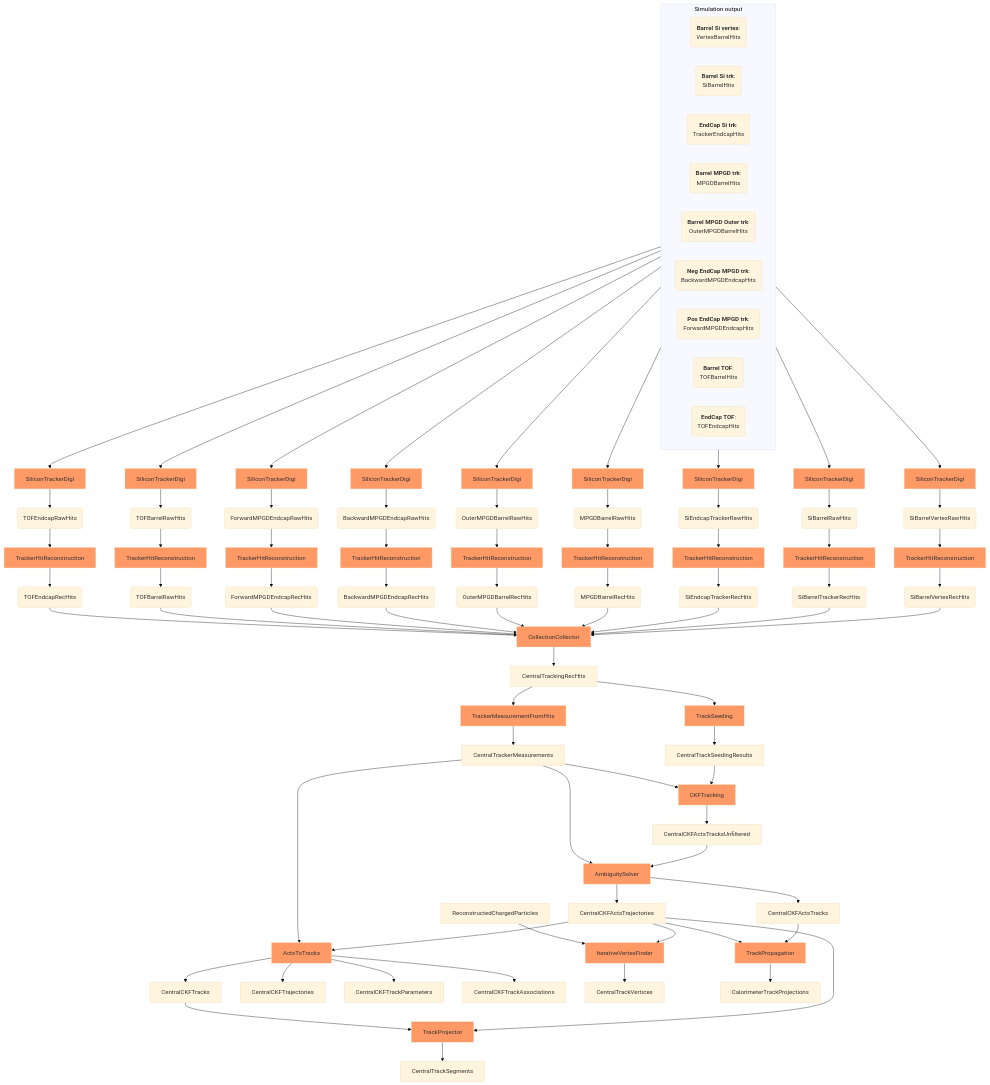
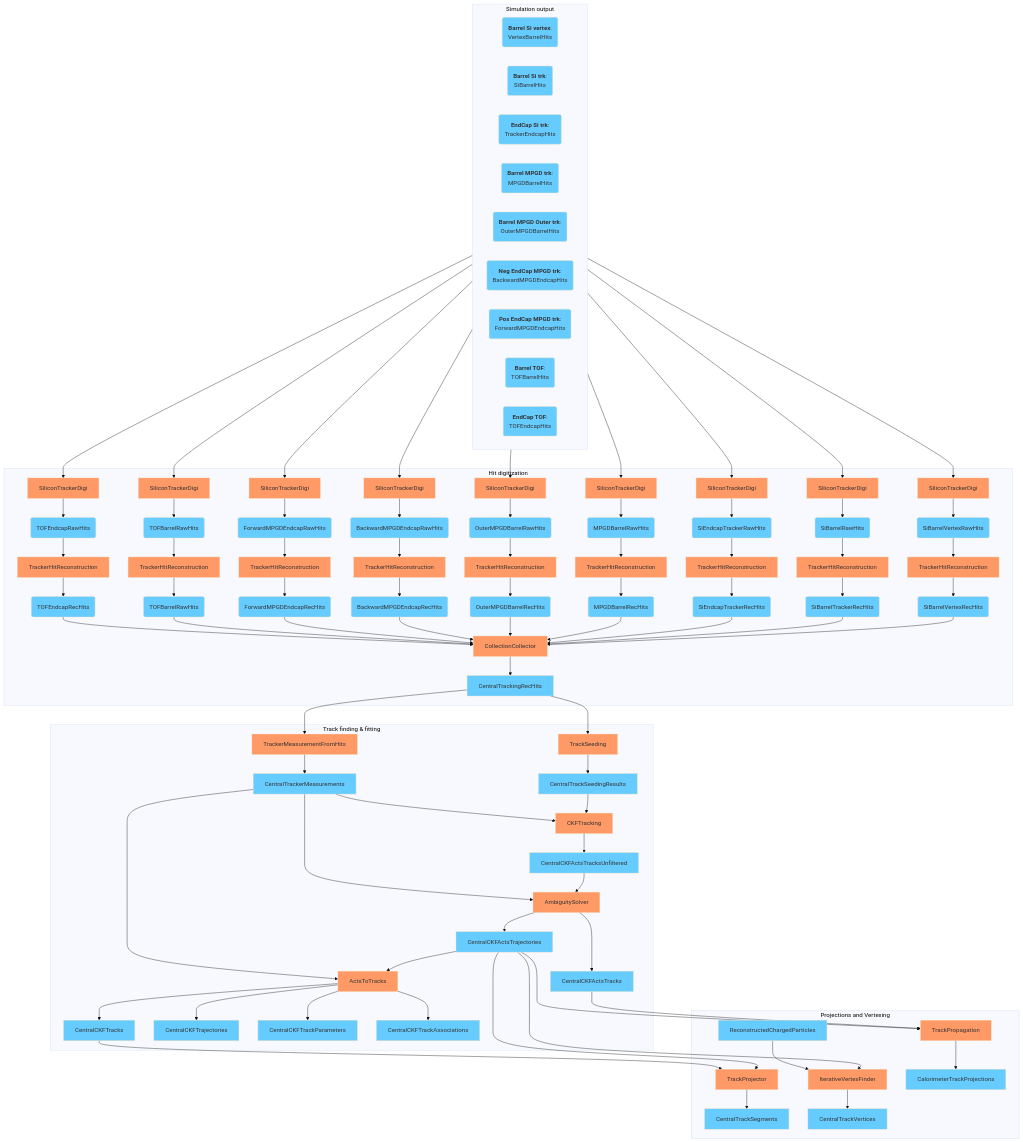
One commit to eic/EICrecon changed the diagram in docs/design/tracking.md. Above: the diagram before and after it, drawn with Mermaid (base theme). The commit also changed other lines of this file, not shown here.

````diff
--- a/docs/design/tracking.md
+++ b/docs/design/tracking.md
@@ -54,113 +9,120 @@
   subgraph Simulation output
     direction LR
 
-    BVTXSimHits(<strong>Barrel Si vertex</strong>:<br/>VertexBarrelHits)
-    BTRKSimHits(<strong>Barrel Si trk</strong>:<br/>SiBarrelHits)
-    ECTRKSimHits(<strong>EndCap Si trk</strong>:<br/>TrackerEndcapHits)
-    BMPGDSimHits(<strong>Barrel MPGD trk</strong>:<br/>MPGDBarrelHits)
-    OBMPGDSimHits(<strong>Barrel MPGD Outer trk</strong>:<br/>OuterMPGDBarrelHits)
-    ECNMPGDSimHits(<strong>Neg EndCap MPGD trk</strong>:<br/>BackwardMPGDEndcapHits)
-    ECPMPGDSimHits(<strong>Pos EndCap MPGD trk</strong>:<br/>ForwardMPGDEndcapHits)
-    BTOFSimHits(<strong>Barrel TOF</strong>:<br/>TOFBarrelHits)
-    ECTOFSimHits(<strong>EndCap TOF</strong>:<br/>TOFEndcapHits)
+    BVTXSimHits(<strong>Barrel Si vertex</strong>:<br/>VertexBarrelHits):::col
+    BTRKSimHits(<strong>Barrel Si trk</strong>:<br/>SiBarrelHits):::col
+    ECTRKSimHits(<strong>EndCap Si trk</strong>:<br/>TrackerEndcapHits):::col
+    BMPGDSimHits(<strong>Barrel MPGD trk</strong>:<br/>MPGDBarrelHits):::col
+    OBMPGDSimHits(<strong>Barrel MPGD Outer trk</strong>:<br/>OuterMPGDBarrelHits):::col
+    ECNMPGDSimHits(<strong>Neg EndCap MPGD trk</strong>:<br/>BackwardMPGDEndcapHits):::col
+    ECPMPGDSimHits(<strong>Pos EndCap MPGD trk</strong>:<br/>ForwardMPGDEndcapHits):::col
+    BTOFSimHits(<strong>Barrel TOF</strong>:<br/>TOFBarrelHits):::col
+    ECTOFSimHits(<strong>EndCap TOF</strong>:<br/>TOFEndcapHits):::col
   end
 
-  BVTXSimHits --> TrackerDigi1[SiliconTrackerDigi]:::alg
-  TrackerDigi1 --> VertexBarrelRawHits(SiBarrelVertexRawHits)
-  VertexBarrelRawHits --> TrackerHitReconstruction1[TrackerHitReconstruction]:::alg
-  TrackerHitReconstruction1 --> VertexBarrelRecHits(SiBarrelVertexRecHits)
+  subgraph Hit digitization
+    BVTXSimHits --> TrackerDigi1[SiliconTrackerDigi]:::alg
+    TrackerDigi1 --> VertexBarrelRawHits(SiBarrelVertexRawHits):::col
+    VertexBarrelRawHits --> TrackerHitReconstruction1[TrackerHitReconstruction]:::alg
+    TrackerHitReconstruction1 --> VertexBarrelRecHits(SiBarrelVertexRecHits):::col
 
-  BTRKSimHits -->  TrackerDigi2[SiliconTrackerDigi]:::alg
-  TrackerDigi2 --> TrackerBarrelRawHits(SiBarrelRawHits)
-  TrackerBarrelRawHits --> TrackerHitReconstruction2[TrackerHitReconstruction]:::alg
-  TrackerHitReconstruction2 --> TrackerBarrelRecHits(SiBarrelTrackerRecHits)
+    BTRKSimHits -->  TrackerDigi2[SiliconTrackerDigi]:::alg
+    TrackerDigi2 --> TrackerBarrelRawHits(SiBarrelRawHits):::col
+    TrackerBarrelRawHits --> TrackerHitReconstruction2[TrackerHitReconstruction]:::alg
+    TrackerHitReconstruction2 --> TrackerBarrelRecHits(SiBarrelTrackerRecHits):::col
 
-  ECTRKSimHits -->  TrackerDigi3[SiliconTrackerDigi]:::alg
-  TrackerDigi3 --> TrackerEndcapRawHits(SiEndcapTrackerRawHits)
-  TrackerEndcapRawHits --> TrackerHitReconstruction3[TrackerHitReconstruction]:::alg
-  TrackerHitReconstruction3 --> TrackerEndcapRecHits(SiEndcapTrackerRecHits)
+    ECTRKSimHits -->  TrackerDigi3[SiliconTrackerDigi]:::alg
+    TrackerDigi3 --> TrackerEndcapRawHits(SiEndcapTrackerRawHits):::col
+    TrackerEndcapRawHits --> TrackerHitReconstruction3[TrackerHitReconstruction]:::alg
+    TrackerHitReconstruction3 --> TrackerEndcapRecHits(SiEndcapTrackerRecHits):::col
 
-  BMPGDSimHits -->   MPGDTrackerBarrelDigi[SiliconTrackerDigi]:::alg
-  MPGDTrackerBarrelDigi --> MPGDTrackerBarrelRawHits(MPGDBarrelRawHits)
-  MPGDTrackerBarrelRawHits --> MPGDTrackerBarrelReconstruction[TrackerHitReconstruction]:::alg
-  MPGDTrackerBarrelReconstruction --> MPGDTrackerBarrelRecHits(MPGDBarrelRecHits)
+    BMPGDSimHits -->   MPGDTrackerBarrelDigi[SiliconTrackerDigi]:::alg
+    MPGDTrackerBarrelDigi --> MPGDTrackerBarrelRawHits(MPGDBarrelRawHits):::col
+    MPGDTrackerBarrelRawHits --> MPGDTrackerBarrelReconstruction[TrackerHitReconstruction]:::alg
+    MPGDTrackerBarrelReconstruction --> MPGDTrackerBarrelRecHits(MPGDBarrelRecHits):::col
 
-  OBMPGDSimHits -->   MPGDTrackerOutBarrelDigi[SiliconTrackerDigi]:::alg
-  MPGDTrackerOutBarrelDigi --> MPGDTrackerOutBarrelRawHits(OuterMPGDBarrelRawHits)
-  MPGDTrackerOutBarrelRawHits --> MPGDTrackerOutBarrelReconstruction[TrackerHitReconstruction]:::alg
-  MPGDTrackerOutBarrelReconstruction --> MPGDTrackerOutBarrelRecHits(OuterMPGDBarrelRecHits)
+    OBMPGDSimHits -->   MPGDTrackerOutBarrelDigi[SiliconTrackerDigi]:::alg
+    MPGDTrackerOutBarrelDigi --> MPGDTrackerOutBarrelRawHits(OuterMPGDBarrelRawHits):::col
+    MPGDTrackerOutBarrelRawHits --> MPGDTrackerOutBarrelReconstruction[TrackerHitReconstruction]:::alg
+    MPGDTrackerOutBarrelReconstruction --> MPGDTrackerOutBarrelRecHits(OuterMPGDBarrelRecHits):::col
 
-  ECNMPGDSimHits -->   MPGDTrackerECNDigi[SiliconTrackerDigi]:::alg
-  MPGDTrackerECNDigi --> MPGDTrackerECNRawHits(BackwardMPGDEndcapRawHits)
-  MPGDTrackerECNRawHits --> MPGDTrackerECNReconstruction[TrackerHitReconstruction]:::alg
-  MPGDTrackerECNReconstruction --> MPGDTrackerECNRecHits(BackwardMPGDEndcapRecHits)
+    ECNMPGDSimHits -->   MPGDTrackerECNDigi[SiliconTrackerDigi]:::alg
+    MPGDTrackerECNDigi --> MPGDTrackerECNRawHits(BackwardMPGDEndcapRawHits):::col
+    MPGDTrackerECNRawHits --> MPGDTrackerECNReconstruction[TrackerHitReconstruction]:::alg
+    MPGDTrackerECNReconstruction --> MPGDTrackerECNRecHits(BackwardMPGDEndcapRecHits):::col
 
-  ECPMPGDSimHits -->   MPGDTrackerECPDigi[SiliconTrackerDigi]:::alg
-  MPGDTrackerECPDigi --> MPGDTrackerECPRawHits(ForwardMPGDEndcapRawHits)
-  MPGDTrackerECPRawHits --> MPGDTrackerECPReconstruction[TrackerHitReconstruction]:::alg
-  MPGDTrackerECPReconstruction --> MPGDTrackerECPRecHits(ForwardMPGDEndcapRecHits)
+    ECPMPGDSimHits -->   MPGDTrackerECPDigi[SiliconTrackerDigi]:::alg
+    MPGDTrackerECPDigi --> MPGDTrackerECPRawHits(ForwardMPGDEndcapRawHits):::col
+    MPGDTrackerECPRawHits --> MPGDTrackerECPReconstruction[TrackerHitReconstruction]:::alg
+    MPGDTrackerECPReconstruction --> MPGDTrackerECPRecHits(ForwardMPGDEndcapRecHits):::col
 
-  BTOFSimHits --> BTOFTrackerDigi[SiliconTrackerDigi]:::alg
-  BTOFTrackerDigi --> BTOFRawHits(TOFBarrelRawHits)
-  BTOFRawHits --> BTOFHitReconstruction[TrackerHitReconstruction]:::alg
-  BTOFHitReconstruction --> BTOFRecHits(TOFBarrelRawHits)
+    BTOFSimHits --> BTOFTrackerDigi[SiliconTrackerDigi]:::alg
+    BTOFTrackerDigi --> BTOFRawHits(TOFBarrelRawHits):::col
+    BTOFRawHits --> BTOFHitReconstruction[TrackerHitReconstruction]:::alg
+    BTOFHitReconstruction --> BTOFRecHits(TOFBarrelRawHits):::col
 
-  ECTOFSimHits --> ECTOFTrackerDigi[SiliconTrackerDigi]:::alg
-  ECTOFTrackerDigi --> ECTOFRawHits(TOFEndcapRawHits)
-  ECTOFRawHits --> ECTOFHitReconstruction[TrackerHitReconstruction]:::alg
-  ECTOFHitReconstruction --> ECTOFRecHits(TOFEndcapRecHits)
+    ECTOFSimHits --> ECTOFTrackerDigi[SiliconTrackerDigi]:::alg
+    ECTOFTrackerDigi --> ECTOFRawHits(TOFEndcapRawHits):::col
+    ECTOFRawHits --> ECTOFHitReconstruction[TrackerHitReconstruction]:::alg
+    ECTOFHitReconstruction --> ECTOFRecHits(TOFEndcapRecHits):::col
 
-  TrackerHitsCollector[CollectionCollector]:::alg
+    TrackerHitsCollector[CollectionCollector]:::alg
 
-  VertexBarrelRecHits --> TrackerHitsCollector
-  TrackerBarrelRecHits --> TrackerHitsCollector
-  TrackerEndcapRecHits --> TrackerHitsCollector
-  MPGDTrackerBarrelRecHits --> TrackerHitsCollector
-  MPGDTrackerOutBarrelRecHits --> TrackerHitsCollector
-  MPGDTrackerECNRecHits --> TrackerHitsCollector
-  MPGDTrackerECPRecHits --> TrackerHitsCollector
-  BTOFRecHits --> TrackerHitsCollector
-  ECTOFRecHits --> TrackerHitsCollector
+    VertexBarrelRecHits --> TrackerHitsCollector
+    TrackerBarrelRecHits --> TrackerHitsCollector
+    TrackerEndcapRecHits --> TrackerHitsCollector
+    MPGDTrackerBarrelRecHits --> TrackerHitsCollector
+    MPGDTrackerOutBarrelRecHits --> TrackerHitsCollector
+    MPGDTrackerECNRecHits --> TrackerHitsCollector
+    MPGDTrackerECPRecHits --> TrackerHitsCollector
+    BTOFRecHits --> TrackerHitsCollector
+    ECTOFRecHits --> TrackerHitsCollector
 
-  TrackerHitsCollector --> CentralTrackingRecHits
-  CentralTrackingRecHits --> TrackerHitsConverter[TrackerMeasurementFromHits]:::alg
-  TrackerHitsConverter --> TrackerHitsOnSurface[CentralTrackerMeasurements]
+    TrackerHitsCollector --> CentralTrackingRecHits:::col
+  end
 
-  TrackSeeding --> SeedParameters[CentralTrackSeedingResults]
-  CentralTrackingRecHits --> TrackSeeding[TrackSeeding]:::alg
+  subgraph Track finding & fitting
+    CentralTrackingRecHits --> TrackerHitsConverter[TrackerMeasurementFromHits]:::alg
+    TrackerHitsConverter --> TrackerHitsOnSurface[CentralTrackerMeasurements]:::col
 
-  CKFTracking:::alg
-  SeedParameters --> CKFTracking
-  TrackerHitsOnSurface --> CKFTracking
-  CKFTracking --> UnfilteredActsTracks[CentralCKFActsTracksUnfiltered]
+    TrackSeeding --> SeedParameters[CentralTrackSeedingResults]:::col
+    CentralTrackingRecHits --> TrackSeeding[TrackSeeding]:::alg
 
-  AmbiguitySolver:::alg
-  UnfilteredActsTracks --> AmbiguitySolver
-  TrackerHitsOnSurface --> AmbiguitySolver
-  AmbiguitySolver --> CentralCKFActsTracks
-  AmbiguitySolver --> CentralCKFActsTrajectories
+    CKFTracking:::alg
+      SeedParameters --> CKFTracking
+    TrackerHitsOnSurface --> CKFTracking
+    CKFTracking --> UnfilteredActsTracks[CentralCKFActsTracksUnfiltered]:::col
 
-  ActsToTracks:::alg
-  CentralCKFActsTrajectories --> ActsToTracks
-  TrackerHitsOnSurface --> ActsToTracks
-  ActsToTracks --> CentralCKFTracks
-  ActsToTracks --> CentralCKFTrajectories
-  ActsToTracks --> CentralCKFTrackParameters
-  ActsToTracks --> CentralCKFTrackAssociations
+    AmbiguitySolver:::alg
+    UnfilteredActsTracks --> AmbiguitySolver
+    TrackerHitsOnSurface --> AmbiguitySolver
+    AmbiguitySolver --> CentralCKFActsTracks:::col
+    AmbiguitySolver --> CentralCKFActsTrajectories:::col
 
-  TrackProjector:::alg
-  CentralCKFActsTrajectories --> TrackProjector
-  CentralCKFTracks --> TrackProjector
-  TrackProjector --> CentralTrackSegments
+    ActsToTracks:::alg
+    CentralCKFActsTrajectories --> ActsToTracks
+    TrackerHitsOnSurface --> ActsToTracks
+    ActsToTracks --> CentralCKFTracks:::col
+    ActsToTracks --> CentralCKFTrajectories:::col
+    ActsToTracks --> CentralCKFTrackParameters:::col
+    ActsToTracks --> CentralCKFTrackAssociations:::col
+  end
 
-  IterativeVertexFinder:::alg
-  CentralCKFActsTrajectories --> IterativeVertexFinder
-  ReconstructedChargedParticles --> IterativeVertexFinder
-  IterativeVertexFinder --> CentralTrackVertices
+  subgraph Projections and Vertexing
+    TrackProjector:::alg
+    CentralCKFActsTrajectories --> TrackProjector
+    CentralCKFTracks --> TrackProjector
+    TrackProjector --> CentralTrackSegments:::col
 
-  TrackPropagation:::alg
-  CentralCKFActsTracks --> TrackPropagation
-  CentralCKFActsTrajectories --> TrackPropagation
-  TrackPropagation --> CalorimeterTrackProjections
+    IterativeVertexFinder:::alg
+    CentralCKFActsTrajectories --> IterativeVertexFinder
+    ReconstructedChargedParticles:::col --> IterativeVertexFinder
+    IterativeVertexFinder --> CentralTrackVertices:::col
+
+    TrackPropagation:::alg
+    CentralCKFActsTracks --> TrackPropagation
+    CentralCKFActsTrajectories --> TrackPropagation
+    TrackPropagation --> CalorimeterTrackProjections:::col
+  end
 
 ```
````
